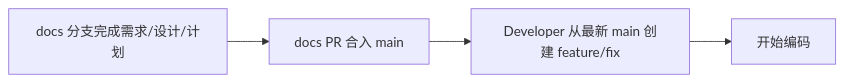
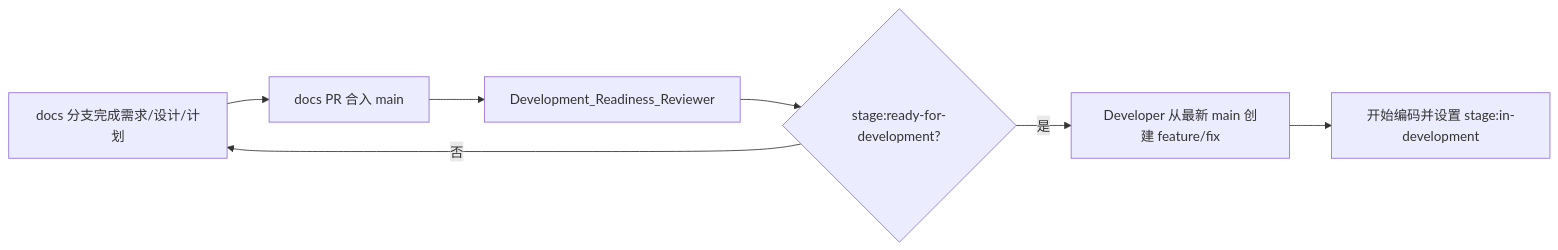
The diagram in docs/guides/PROJECT-WORKFLOW-ROLES-PPT.md (JumpStarGroup/health_platform), drawn with Mermaid before and after one commit. The commit also changed other lines of this file and 10 other files, not shown here.

First line of the commit message:
docs: split development readiness review

````diff
--- a/docs/guides/PROJECT-WORKFLOW-ROLES-PPT.md
+++ b/docs/guides/PROJECT-WORKFLOW-ROLES-PPT.md
@@ -190,6 +195,9 @@
 ```mermaid
 flowchart LR
     A[docs 分支完成需求/设计/计划] --> B[docs PR 合入 main]
-    B --> C[Developer 从最新 main 创建 feature/fix]
-    C --> D[开始编码]
+    B --> C[Development_Readiness_Reviewer]
+    C --> D{stage:ready-for-development?}
+    D -- 否 --> A
+    D -- 是 --> E[Developer 从最新 main 创建 feature/fix]
+    E --> F[开始编码并设置 stage:in-development]
 ```
````
